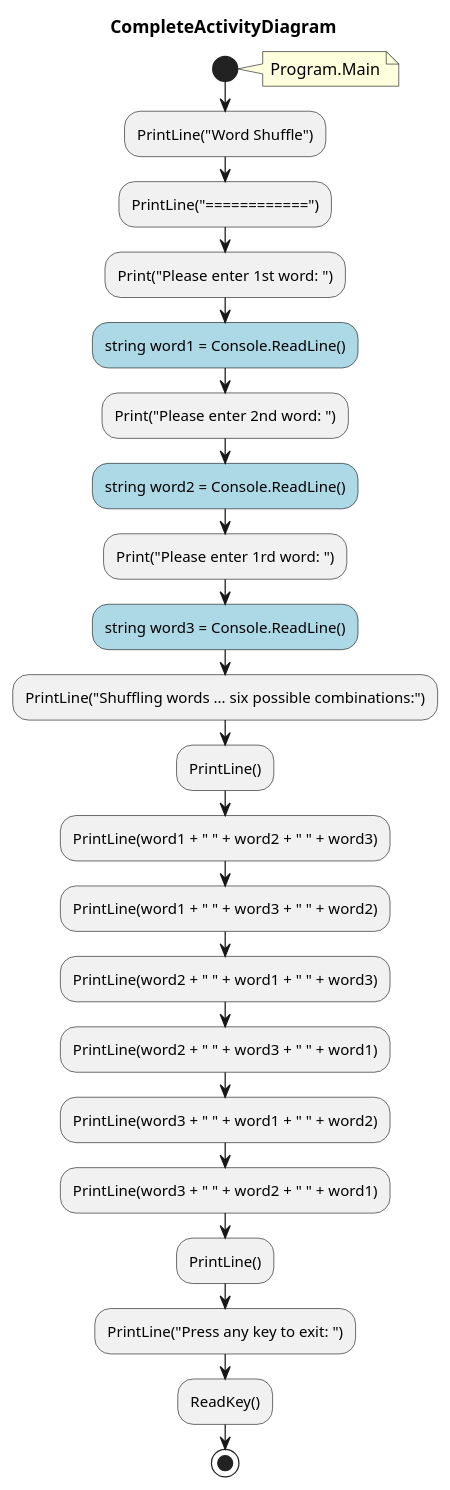
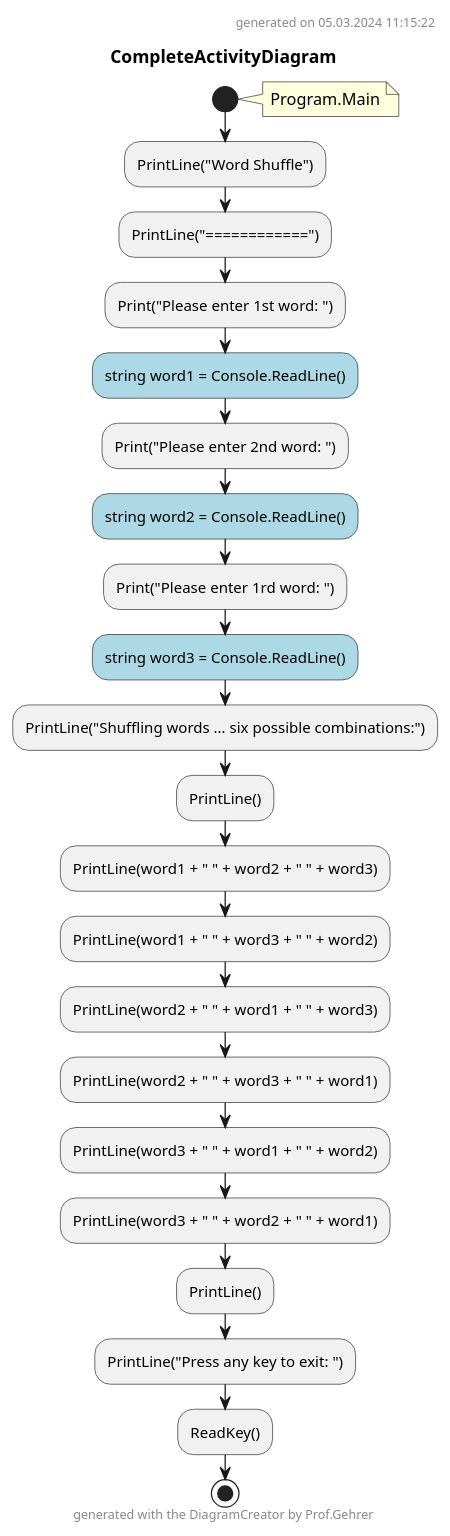
One commit to leoggehrer/2324-34_ABIF_ACIF_POSE changed the diagram in WordShuffle.ConApp/Diagrams/CompleteActivityDiagram.puml. Above: the diagram before and after it, drawn with PlantUML. The commit also changed 147 other files, not shown here.

Commit message:
Added diagrams.

```diff
--- a/WordShuffle.ConApp/Diagrams/CompleteActivityDiagram.puml
+++ b/WordShuffle.ConApp/Diagrams/CompleteActivityDiagram.puml
@@ -1,25 +1,34 @@
 @startuml CompleteActivityDiagram
+header
+generated on 05.03.2024 11:15:22
+end header
 title CompleteActivityDiagram
 start
 note right:  Program.Main
 :PrintLine("Word Shuffle");
 :PrintLine("============");
 :Print("Please enter 1st word: ");
 #LightBlue:string word1 = Console.ReadLine();
 :Print("Please enter 2nd word: ");
 #LightBlue:string word2 = Console.ReadLine();
 :Print("Please enter 1rd word: ");
 #LightBlue:string word3 = Console.ReadLine();
 :PrintLine("Shuffling words ... six possible combinations:");
 :PrintLine();
 :PrintLine(word1 + " " + word2 + " " + word3);
 :PrintLine(word1 + " " + word3 + " " + word2);
 :PrintLine(word2 + " " + word1 + " " + word3);
 :PrintLine(word2 + " " + word3 + " " + word1);
 :PrintLine(word3 + " " + word1 + " " + word2);
 :PrintLine(word3 + " " + word2 + " " + word1);
 :PrintLine();
 :PrintLine("Press any key to exit: ");
 :ReadKey();
+footer
+generated with the DiagramCreator by Prof.Gehrer
+end footer
 stop
+footer
+generated with the DiagramCreator by Prof.Gehrer
+end footer
 @enduml
```
